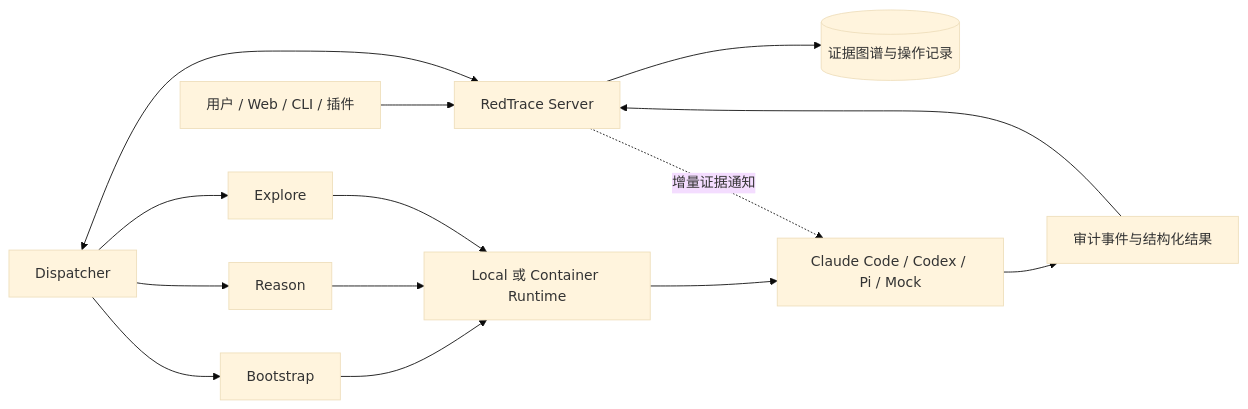
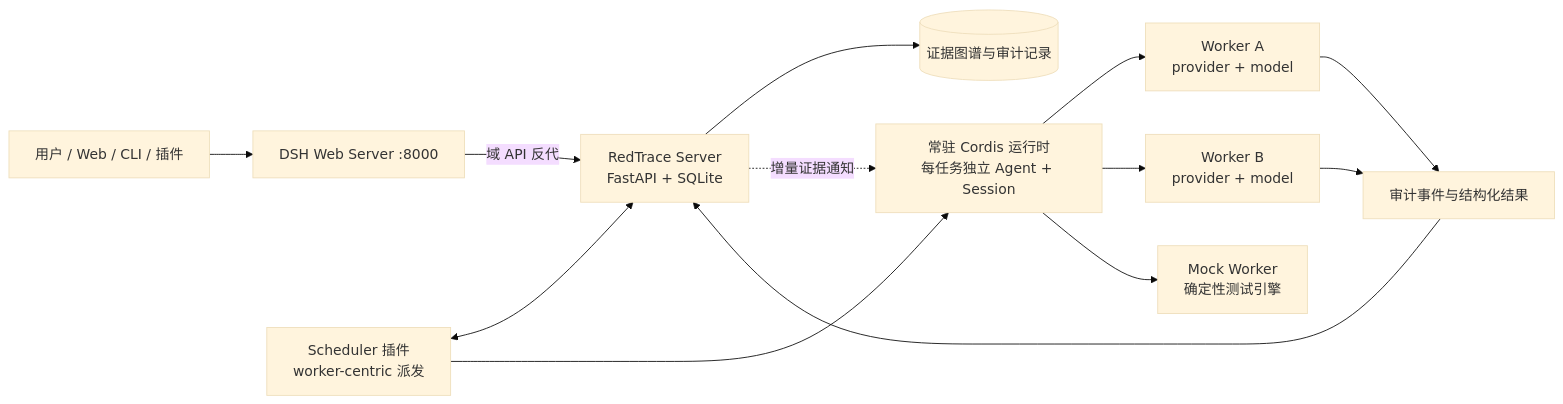
One commit to 0X6C7879/RedTrace changed the diagram in README.md. Above: the diagram before and after it, drawn with Mermaid (base theme). The commit also changed other lines of this file, not shown here.

Commit message:
docs: rewrite README for DSH-era architecture

````diff
--- a/README.md
+++ b/README.md
@@ -23,16 +25,15 @@
 ```mermaid
 flowchart LR
-    U[用户 / Web / CLI / 插件] --> S[RedTrace Server]
-    S --> E[(证据图谱与操作记录)]
-    D[Dispatcher] <--> S
-    D --> B[Bootstrap]
-    D --> R[Reason]
-    D --> X[Explore]
-    B --> RT[Local 或 Container Runtime]
-    R --> RT
-    X --> RT
-    RT --> W[Claude Code / Codex / Pi / Mock]
-    W --> A[审计事件与结构化结果]
+    U[用户 / Web / CLI / 插件] --> W[DSH Web Server :8000]
+    W -->|域 API 反代| S[RedTrace Server<br/>FastAPI + SQLite]
+    S --> E[(证据图谱与审计记录)]
+    D[Scheduler 插件<br/>worker-centric 派发] <--> S
+    D --> RT[常驻 Cordis 运行时<br/>每任务独立 Agent + Session]
+    RT --> WA[Worker A<br/>provider + model]
+    RT --> WB[Worker B<br/>provider + model]
+    RT --> WM[Mock Worker<br/>确定性测试引擎]
+    WA --> A[审计事件与结构化结果]
+    WB --> A
     A --> S
-    S -. 增量证据通知 .-> W
+    S -. 增量证据通知 .-> RT
 ```
````
